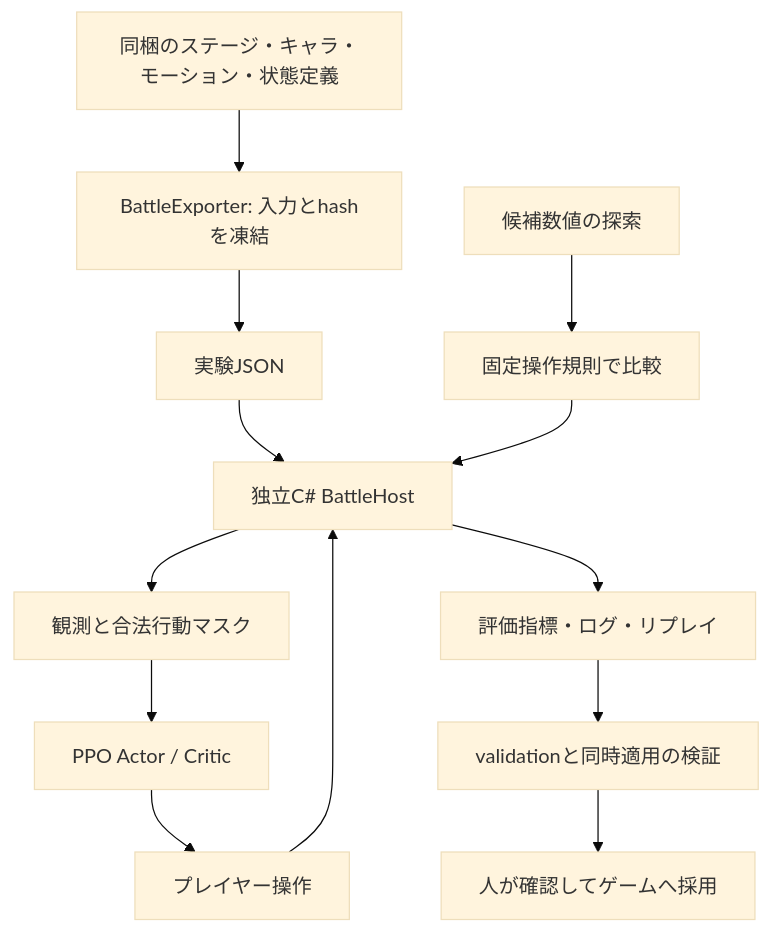
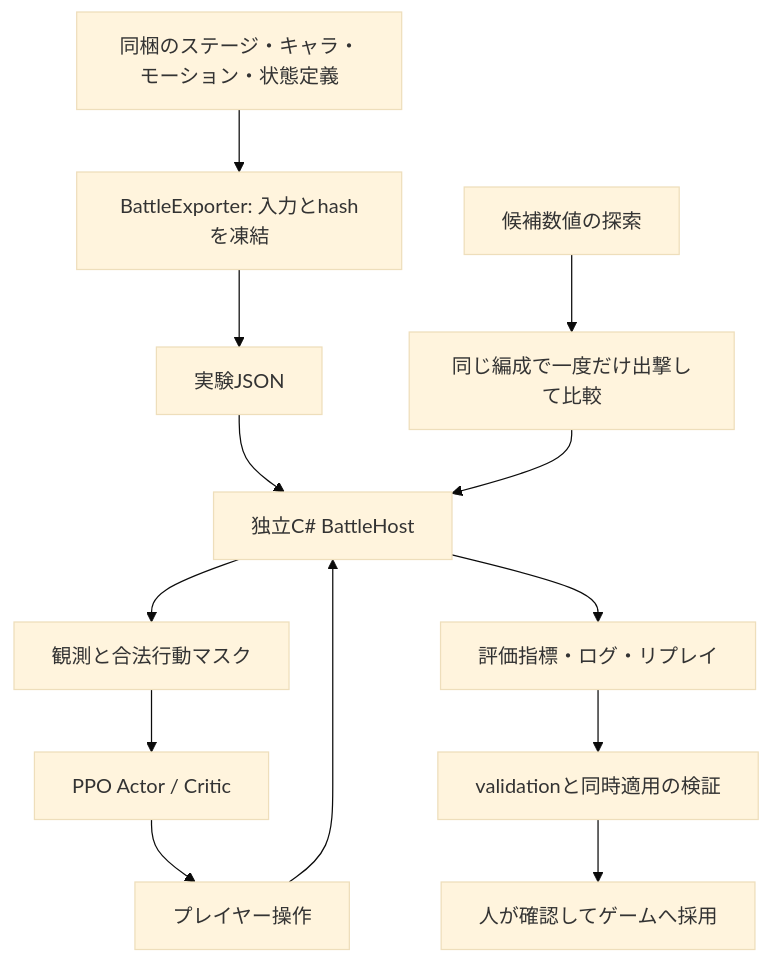
Before and after one commit to skobayashi-glb/LearningLab: the first of 2 diagrams in README.md, drawn with Mermaid (base theme). The commit also changed other lines of this file and 18 other files, not shown here.

````diff
--- a/README.md
+++ b/README.md
@@ -40,15 +40,15 @@
 ```mermaid
 flowchart TD
     Assets["同梱のステージ・キャラ・モーション・状態定義"] --> Exporter["BattleExporter: 入力とhashを凍結"]
     Exporter --> Config["実験JSON"]
     Config --> Host["独立C# BattleHost"]
     Host --> Observation["観測と合法行動マスク"]
     Observation --> PPO["PPO Actor / Critic"]
     PPO --> Actions["プレイヤー操作"]
     Actions --> Host
-    Search["候補数値の探索"] --> Fixed["固定操作規則で比較"]
+    Search["候補数値の探索"] --> Fixed["同じ編成で一度だけ出撃して比較"]
     Fixed --> Host
     Host --> Reports["評価指標・ログ・リプレイ"]
     Reports --> Review["validationと同時適用の検証"]
     Review --> Adopt["人が確認してゲームへ採用"]
 ```
````
